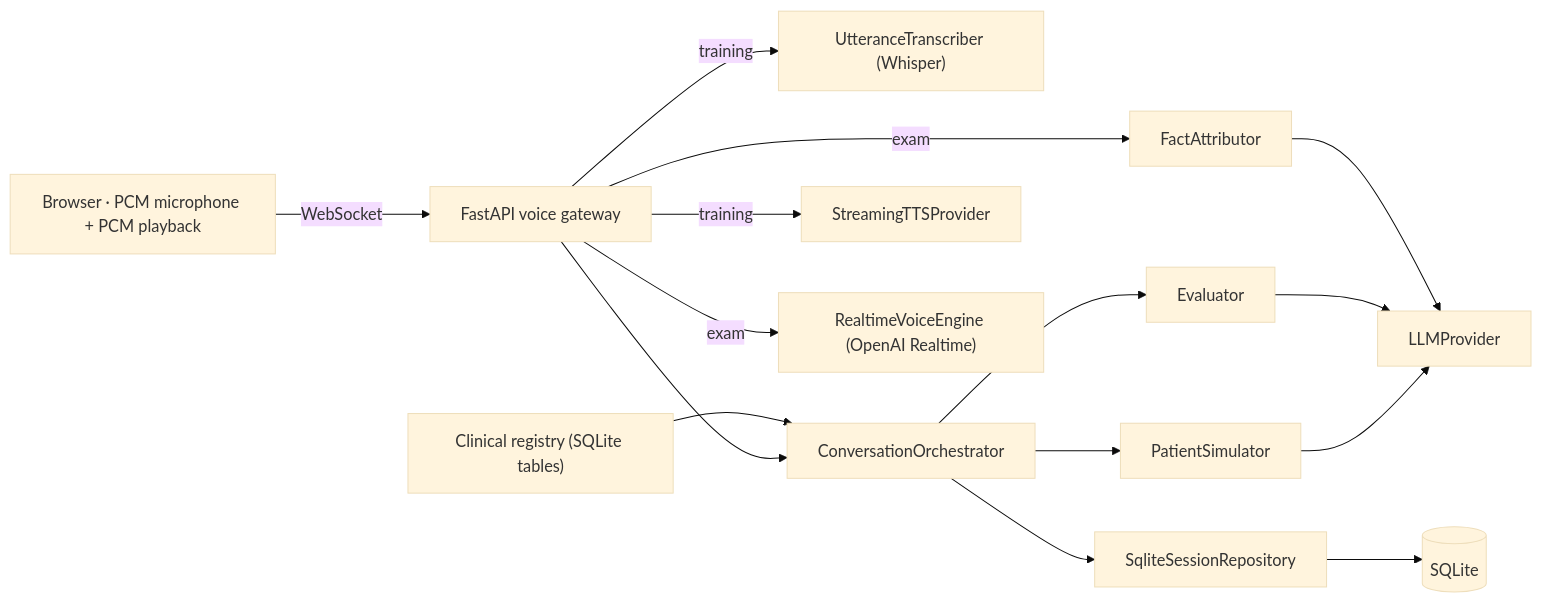
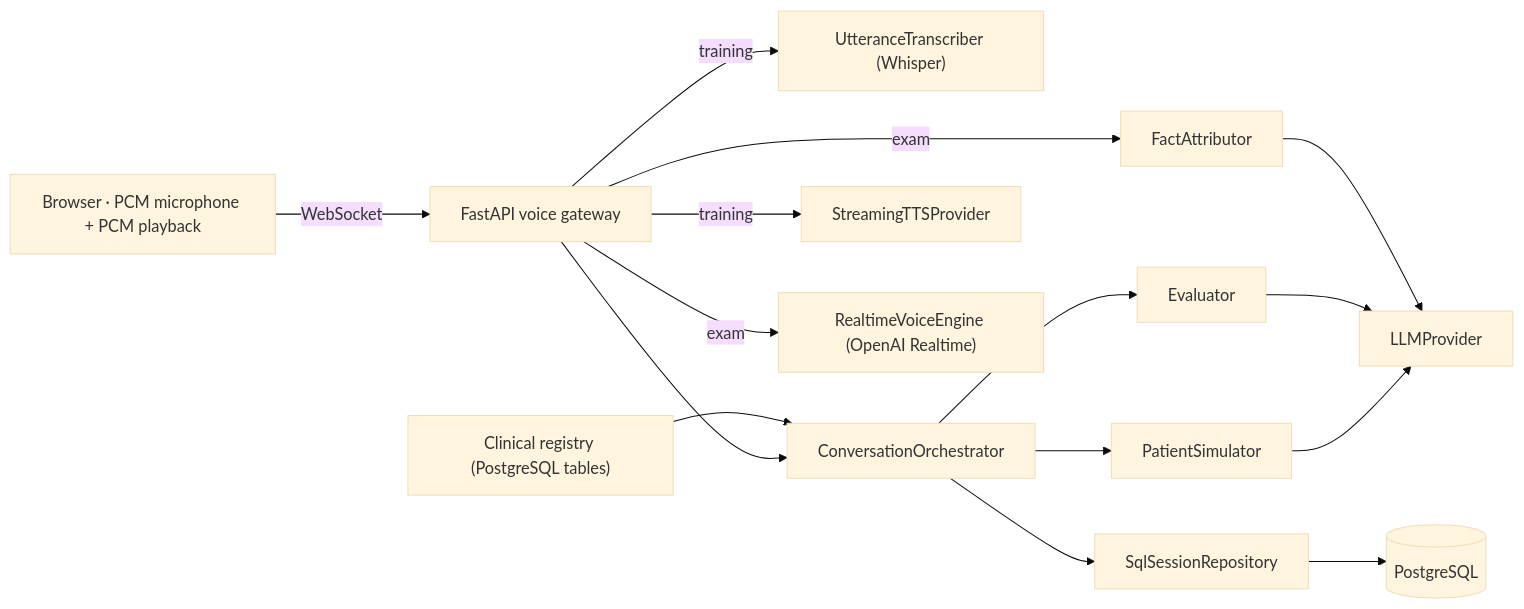
One commit to lejams/ari changed the diagram in README.md. Above: the diagram before and after it, drawn with Mermaid (base theme). The commit also changed other lines of this file and 53 other files, not shown here.

First line of the commit message:
Move the platform database to PostgreSQL only

````diff
--- a/README.md
+++ b/README.md
@@ -133,13 +135,13 @@
 ```mermaid
 flowchart LR
     Browser["Browser · PCM microphone + PCM playback"] -->|"WebSocket"| API["FastAPI voice gateway"]
     API -->|"training"| STT["UtteranceTranscriber (Whisper)"]
     API --> Orchestrator["ConversationOrchestrator"]
     Orchestrator --> Patient["PatientSimulator"] --> LLM["LLMProvider"]
     Orchestrator --> Evaluator["Evaluator"] --> LLM
     API -->|"training"| TTS["StreamingTTSProvider"]
     API -->|"exam"| STS["RealtimeVoiceEngine (OpenAI Realtime)"]
     API -->|"exam"| Attributor["FactAttributor"] --> LLM
-    Orchestrator --> Repo["SqliteSessionRepository"] --> DB[("SQLite")]
-    Registry["Clinical registry (SQLite tables)"] --> Orchestrator
+    Orchestrator --> Repo["SqlSessionRepository"] --> DB[("PostgreSQL")]
+    Registry["Clinical registry (PostgreSQL tables)"] --> Orchestrator
 ```
````
